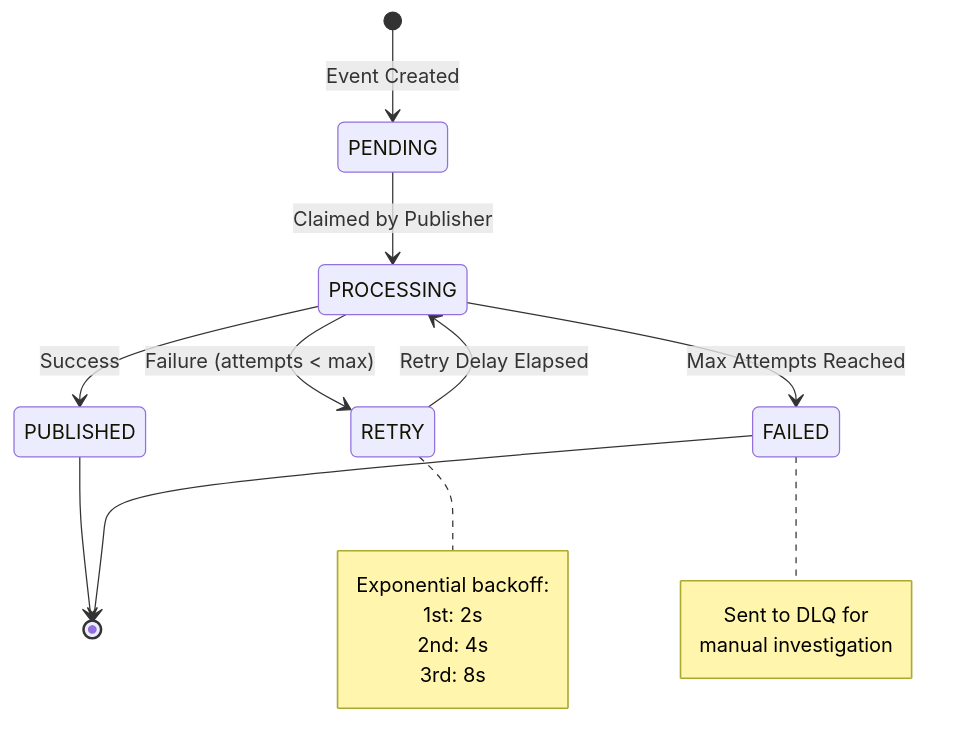
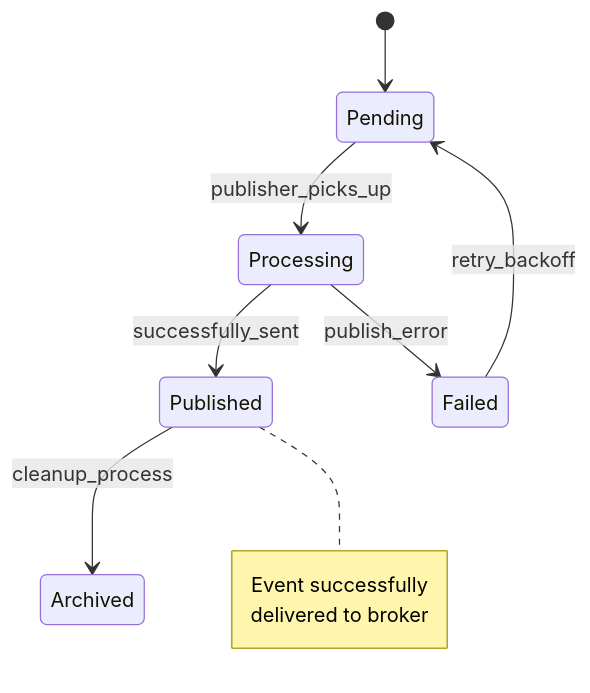
The third of 6 diagrams in docs/pattern-library/data-management/outbox.md (deepaucksharma/DStudio), drawn with Mermaid before and after one commit. The commit also changed other lines of this file and 191 other files, not shown here.

````diff
--- a/docs/pattern-library/data-management/outbox.md
+++ b/docs/pattern-library/data-management/outbox.md
@@ -267,23 +177,14 @@
 ```mermaid
 stateDiagram-v2
-    [*] --> PENDING: Event Created
-    PENDING --> PROCESSING: Claimed by Publisher
-    PROCESSING --> PUBLISHED: Success
-    PROCESSING --> RETRY: Failure (attempts < max)
-    RETRY --> PROCESSING: Retry Delay Elapsed
-    PROCESSING --> FAILED: Max Attempts Reached
-    PUBLISHED --> [*]
-    FAILED --> [*]
+    [*] --> Pending
+    Pending --> Processing: publisher_picks_up
+    Processing --> Published: successfully_sent
+    Processing --> Failed: publish_error
+    Failed --> Pending: retry_backoff
+    Published --> Archived: cleanup_process
     
-    note right of RETRY
-        Exponential backoff:
-        1st: 2s
-        2nd: 4s
-        3rd: 8s
-    end note
-    
-    note right of FAILED
-        Sent to DLQ for
-        manual investigation
+    note right of Published
+        Event successfully
+        delivered to broker
     end note
 ```
````
